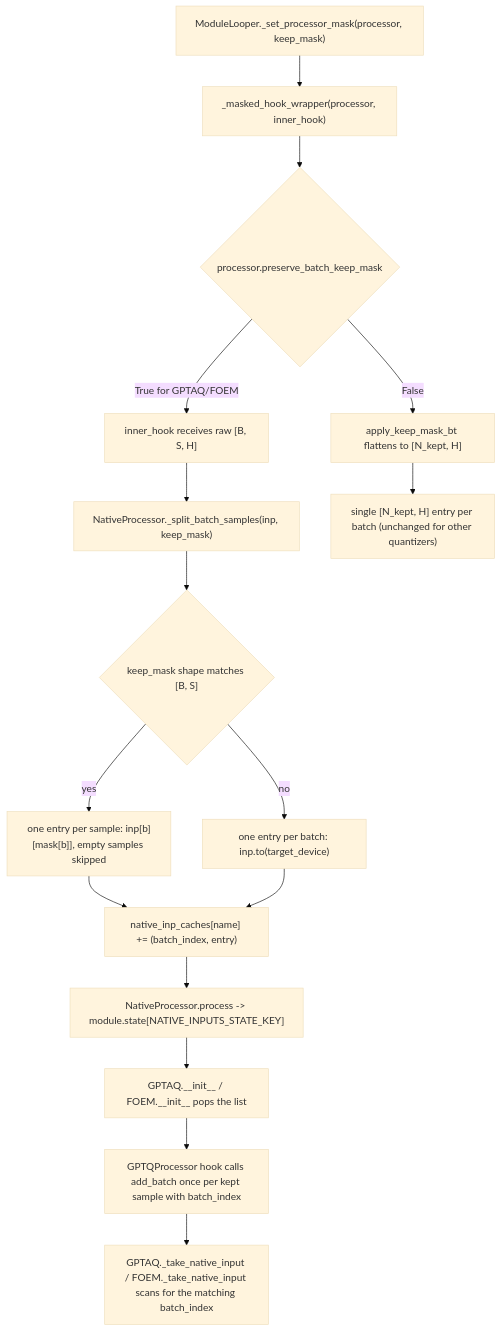
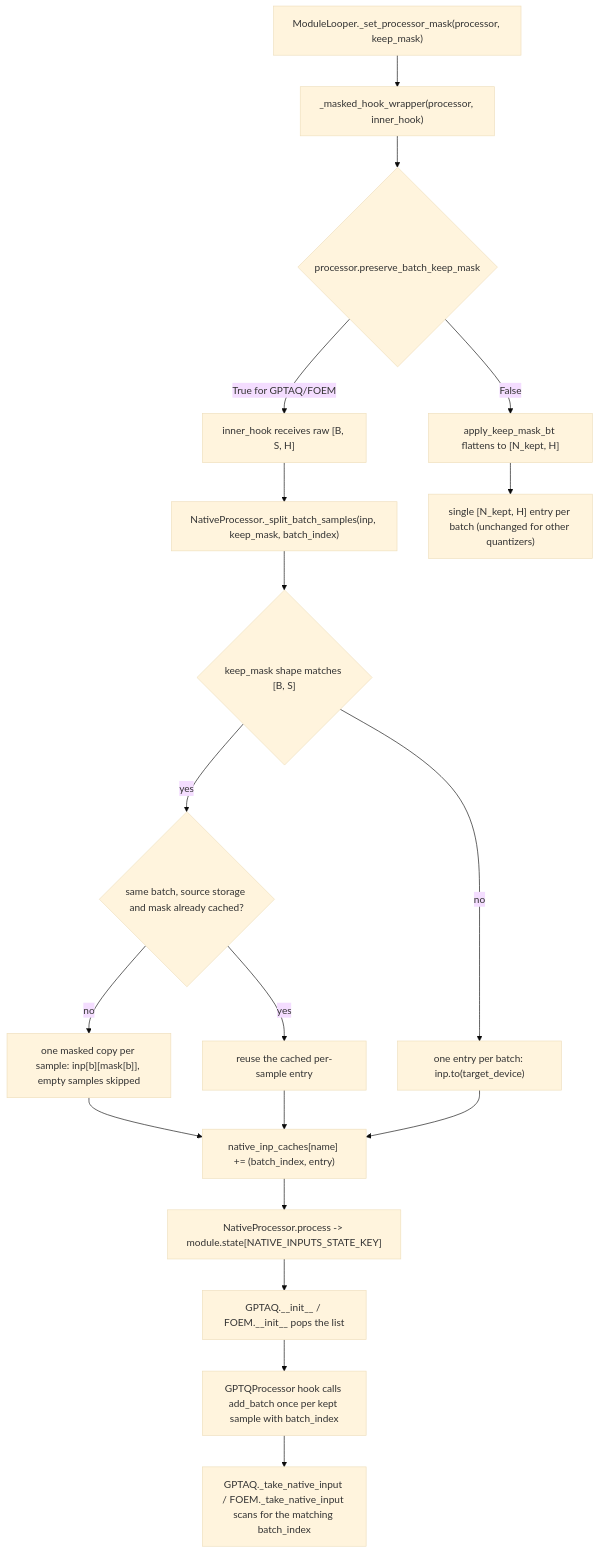
One commit to ModelCloud/GPTQModel changed the first of 2 diagrams in docs/native-calibration-batch-split.md. Above: the diagram before and after it, drawn with Mermaid (base theme). The commit also changed other lines of this file and 3 other files, not shown here.

````diff
--- a/docs/native-calibration-batch-split.md
+++ b/docs/native-calibration-batch-split.md
@@ -15,18 +15,21 @@
 ```mermaid
 flowchart TD
     A["ModuleLooper._set_processor_mask(processor, keep_mask)"] --> B["_masked_hook_wrapper(processor, inner_hook)"]
     B --> C{"processor.preserve_batch_keep_mask"}
     C -- "True for GPTAQ/FOEM" --> D["inner_hook receives raw [B, S, H]"]
     C -- "False" --> E["apply_keep_mask_bt flattens to [N_kept, H]"]
-    D --> F["NativeProcessor._split_batch_samples(inp, keep_mask)"]
+    D --> F["NativeProcessor._split_batch_samples(inp, keep_mask, batch_index)"]
     F --> G{"keep_mask shape matches [B, S]"}
-    G -- "yes" --> H["one entry per sample: inp[b][mask[b]], empty samples skipped"]
     G -- "no" --> I["one entry per batch: inp.to(target_device)"]
+    G -- "yes" --> S{"same batch, source storage and mask already cached?"}
+    S -- "no" --> H["one masked copy per sample: inp[b][mask[b]], empty samples skipped"]
+    S -- "yes" --> R["reuse the cached per-sample entry"]
     H --> J["native_inp_caches[name] += (batch_index, entry)"]
+    R --> J
     I --> J
     J --> K["NativeProcessor.process -> module.state[NATIVE_INPUTS_STATE_KEY]"]
     K --> L["GPTAQ.__init__ / FOEM.__init__ pops the list"]
     L --> M["GPTQProcessor hook calls add_batch once per kept sample with batch_index"]
     M --> N["GPTAQ._take_native_input / FOEM._take_native_input scans for the matching batch_index"]
     E --> O["single [N_kept, H] entry per batch (unchanged for other quantizers)"]
 ```
````
